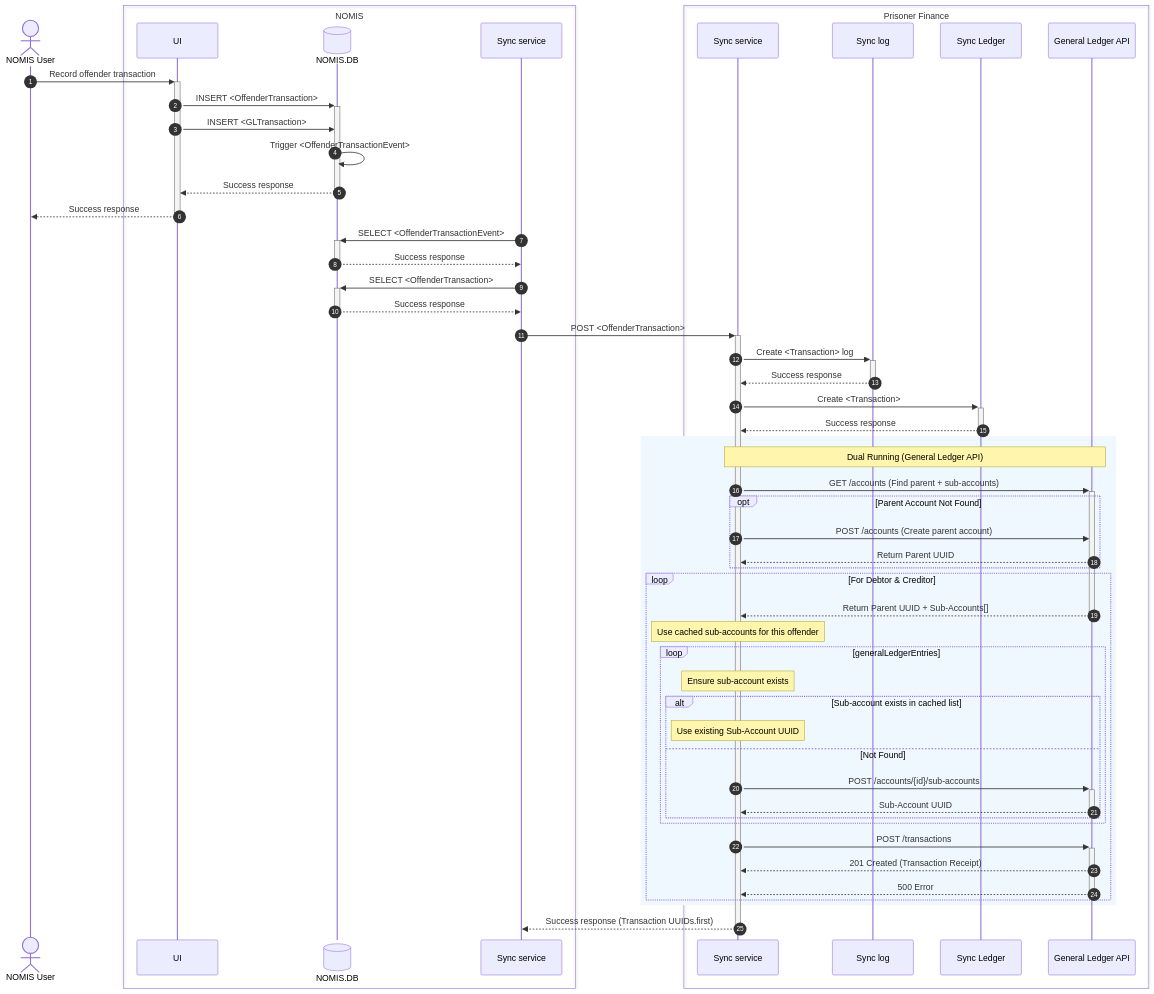
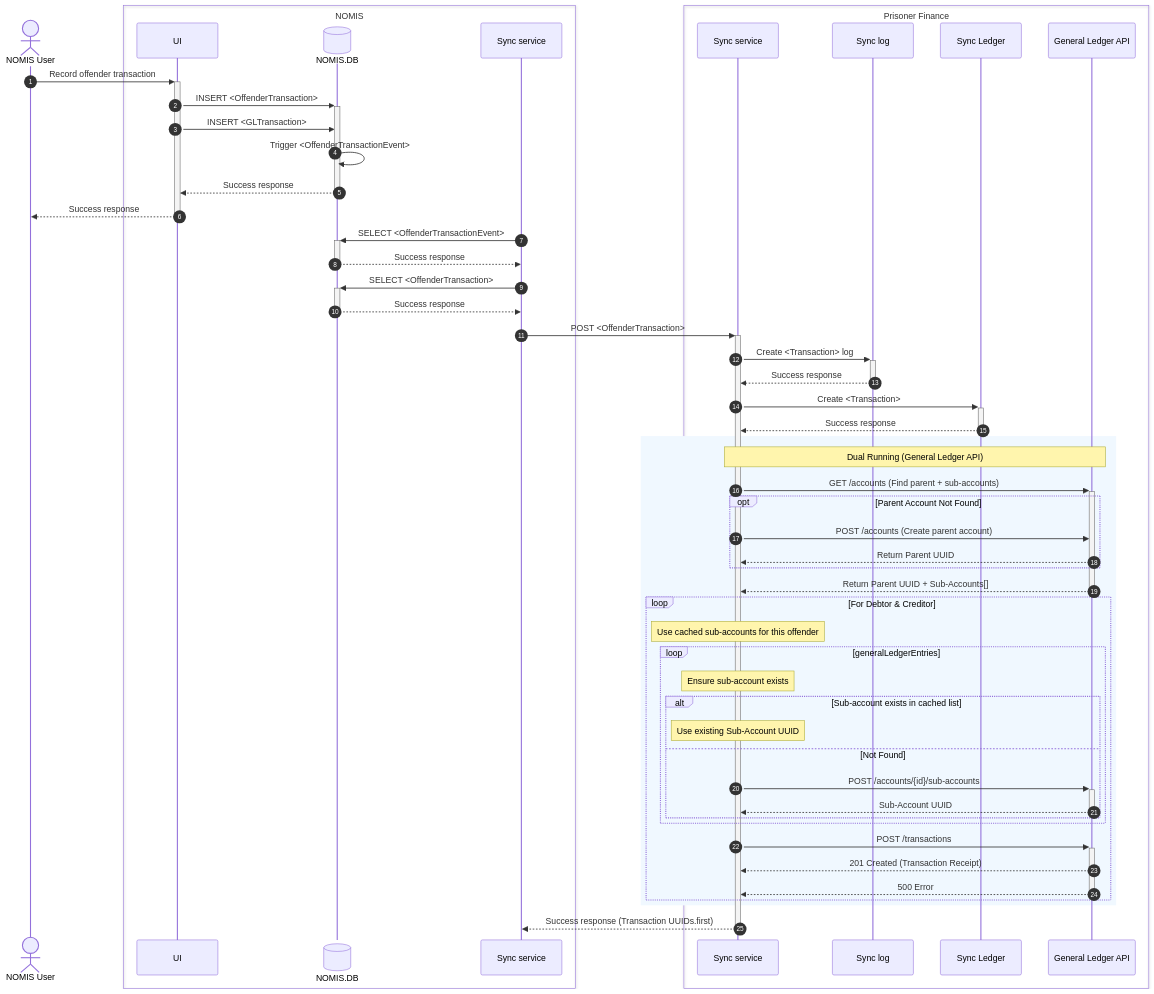
The third of 6 diagrams in docs/architecture/docs/sync-processes.md (ministryofjustice/hmpps-prisoner-finance-sync-api), drawn with Mermaid before and after one commit.

Commit message:
Another slight modification

````diff
--- a/docs/architecture/docs/sync-processes.md
+++ b/docs/architecture/docs/sync-processes.md
@@ -133,75 +133,77 @@
 ```mermaid
 sequenceDiagram
     actor user as NOMIS User
 
     box NOMIS
         participant NOMIS.UI as UI
         participant NOMIS.DB@{ "type" : "database" }
         participant NOMIS.sync as Sync service
     end
 
     box Prisoner Finance
         participant PF.sync as Sync service
         participant PF.log as Sync log
         participant PF.ledger as Sync Ledger
         participant PF.newGL as General Ledger API
     end
 
     autonumber
 
     user ->>+ NOMIS.UI: Record offender transaction
     NOMIS.UI ->>+ NOMIS.DB: INSERT <OffenderTransaction>
     NOMIS.UI ->> NOMIS.DB: INSERT <GLTransaction>
     NOMIS.DB ->> NOMIS.DB: Trigger <OffenderTransactionEvent>
     NOMIS.DB -->>- NOMIS.UI: Success response
     NOMIS.UI -->>- user: Success response
 
     NOMIS.sync ->>+ NOMIS.DB: SELECT <OffenderTransactionEvent>
     NOMIS.DB -->>- NOMIS.sync: Success response
 
     NOMIS.sync ->>+ NOMIS.DB: SELECT <OffenderTransaction>
     NOMIS.DB -->>- NOMIS.sync: Success response
 
     NOMIS.sync ->>+ PF.sync: POST <OffenderTransaction>
 
     PF.sync ->>+ PF.log: Create <Transaction> log
     PF.log -->>- PF.sync: Success response
 
     PF.sync ->>+ PF.ledger: Create <Transaction>
     PF.ledger -->>- PF.sync: Success response
 
     rect rgb(240, 248, 255)
         note over PF.sync,PF.newGL: Dual Running (General Ledger API)
 
         PF.sync ->>+ PF.newGL: GET /accounts (Find parent + sub-accounts)
 
         opt Parent Account Not Found
             PF.sync ->> PF.newGL: POST /accounts (Create parent account)
             PF.newGL -->> PF.sync: Return Parent UUID
         end
-            loop For Debtor & Creditor
-
-            PF.newGL -->>- PF.sync: Return Parent UUID + Sub-Accounts[]
-
+        
+        PF.newGL -->>- PF.sync: Return Parent UUID + Sub-Accounts[]
+        
+        loop For Debtor & Creditor
+ 
             note over PF.sync: Use cached sub-accounts for this offender
 
             loop generalLedgerEntries
 
                 note over PF.sync: Ensure sub-account exists
                 alt Sub-account exists in cached list
                     Note over PF.sync: Use existing Sub-Account UUID
                 else Not Found
                     PF.sync ->>+ PF.newGL: POST /accounts/{id}/sub-accounts
                     PF.newGL -->>- PF.sync: Sub-Account UUID
                 end
 
             end
 
             PF.sync ->>+ PF.newGL: POST /transactions
             PF.newGL -->> PF.sync: 201 Created (Transaction Receipt)
             PF.newGL -->>- PF.sync: 500 Error
         end
+
     end
 
     PF.sync -->>- NOMIS.sync: Success response (Transaction UUIDs.first)
 ```
````
